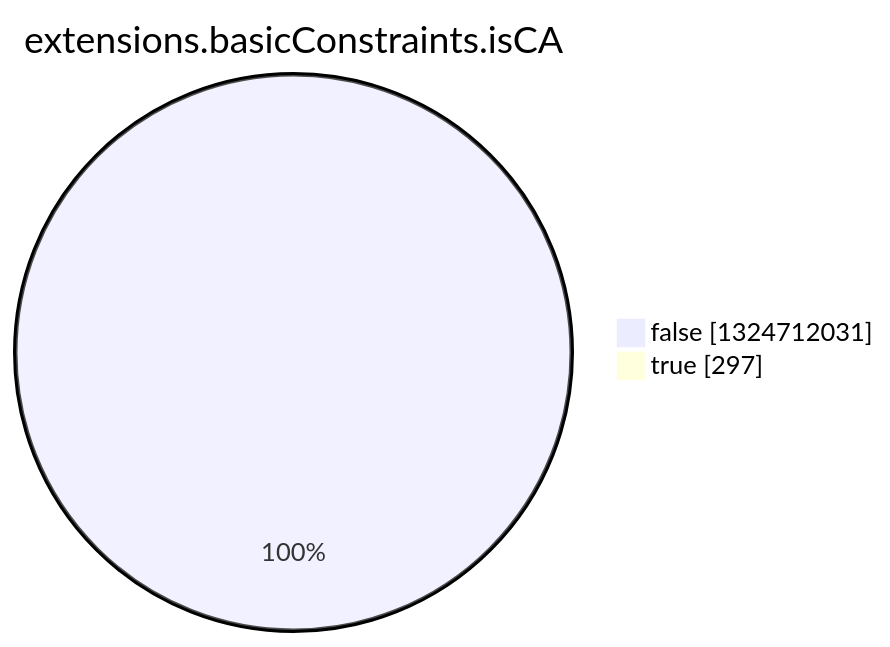
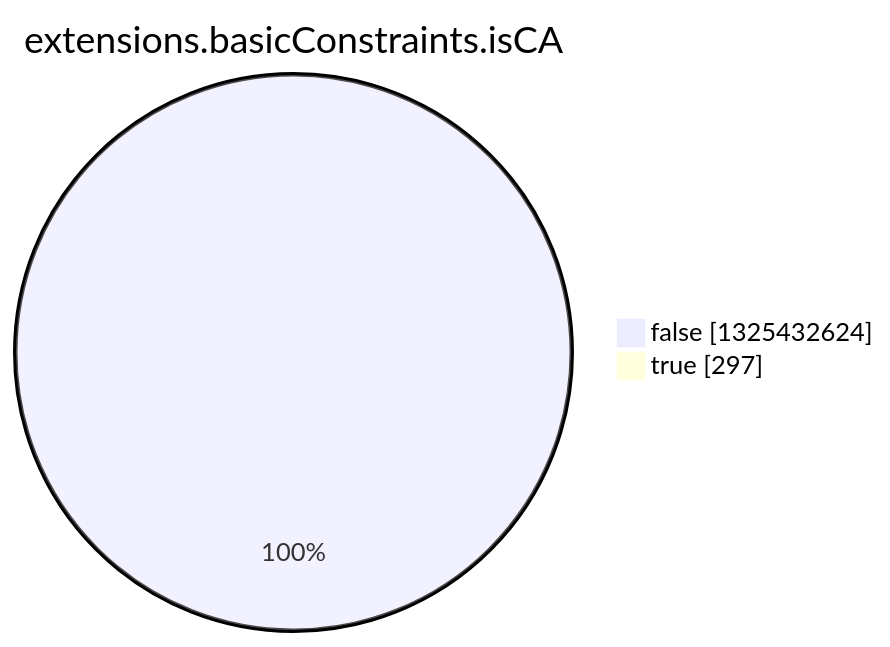
The eighth of 15 diagrams in argon2022/README.md (christiankrug/ctmonitor_visualization), drawn with Mermaid before and after one commit. The commit also changed other lines of this file, not shown here.

````diff
--- a/argon2022/README.md
+++ b/argon2022/README.md
@@ -2758,6 +2758,6 @@
 ```mermaid
 pie showData
 title extensions.basicConstraints.isCA
-"false" :1324712031
+"false" :1325432624
 "true" :297
 ```
````
